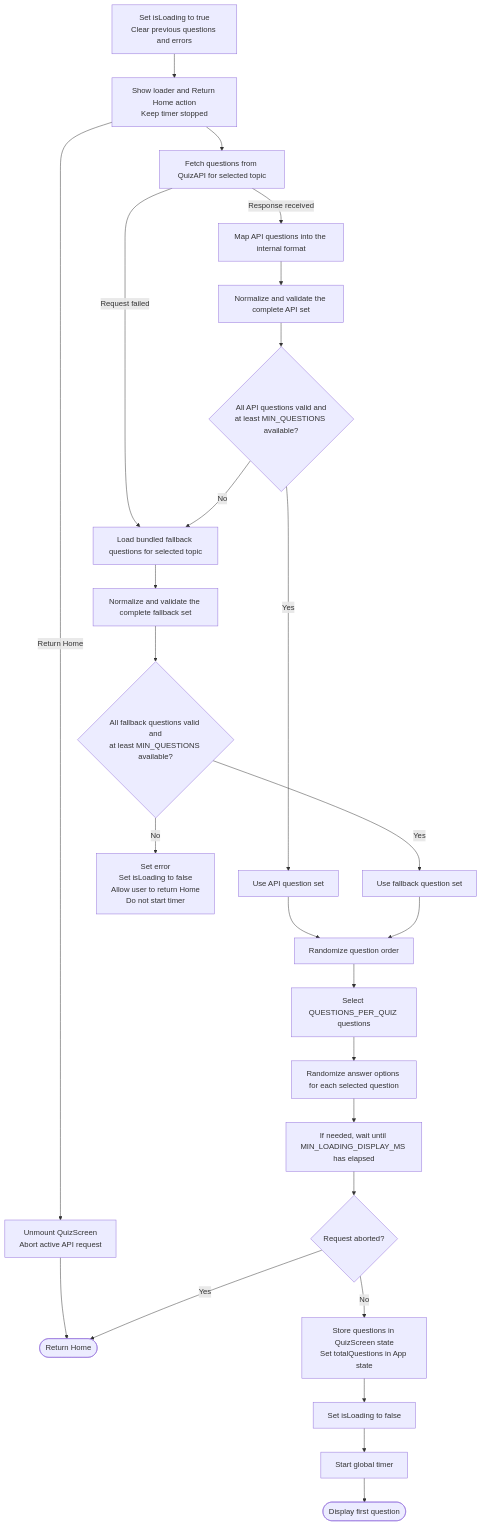
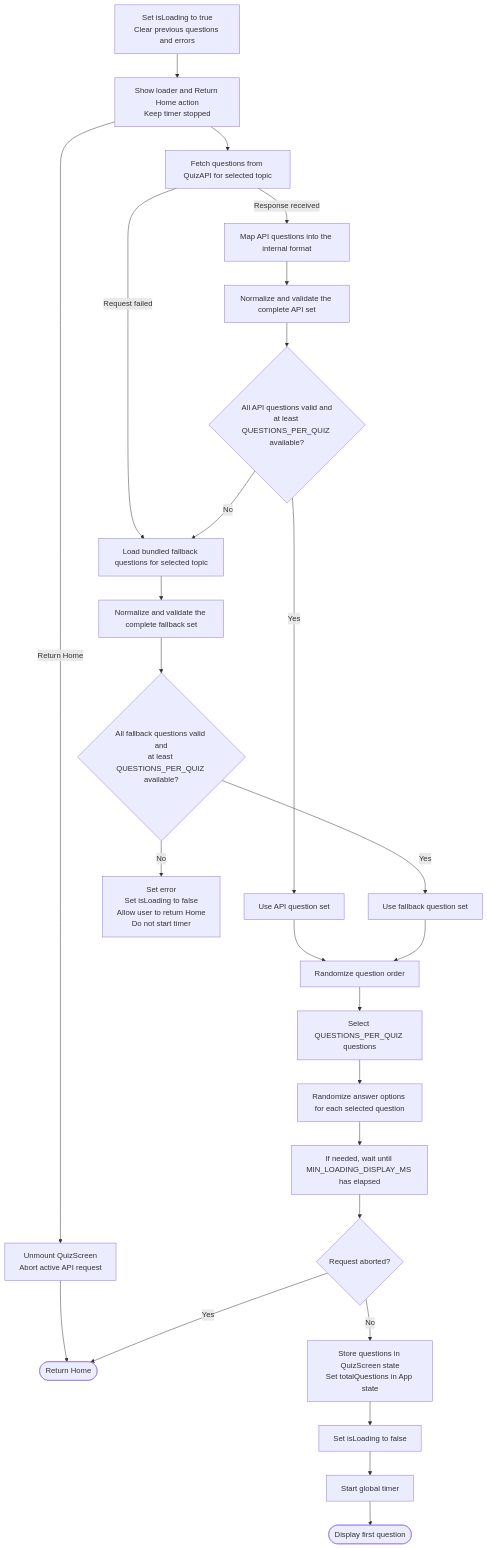
One commit to Mondra-SRL/dev-quiz changed the diagram in docs/quiz-screen-loading-flow.md. Above: the diagram before and after it, drawn with Mermaid. The commit also changed 7 other files, not shown here.

Commit message:
remove constant  MIN_QUESTIONS

````diff
--- a/docs/quiz-screen-loading-flow.md
+++ b/docs/quiz-screen-loading-flow.md
@@ -5,31 +5,31 @@
 ```mermaid
 flowchart TD
     LOAD_START[Set isLoading to true<br/>Clear previous questions and errors] --> SHOW_LOADING[Show loader and Return Home action<br/>Keep timer stopped]
     SHOW_LOADING --> FETCH_API[Fetch questions from QuizAPI for selected topic]
     SHOW_LOADING -- Return Home --> CANCEL_LOADING[Unmount QuizScreen<br/>Abort active API request]
     CANCEL_LOADING --> END_CANCELLED([Return Home])
 
     FETCH_API -- Response received --> MAP_API[Map API questions into the internal format]
     FETCH_API -- Request failed --> LOAD_FALLBACK
     MAP_API --> VALIDATE_API[Normalize and validate the complete API set]
-    VALIDATE_API --> API_READY{All API questions valid and<br/>at least MIN_QUESTIONS available?}
+    VALIDATE_API --> API_READY{All API questions valid and<br/>at least QUESTIONS_PER_QUIZ available?}
     API_READY -- Yes --> USE_API[Use API question set]
     API_READY -- No --> LOAD_FALLBACK[Load bundled fallback questions for selected topic]
 
     LOAD_FALLBACK --> VALIDATE_FALLBACK[Normalize and validate the complete fallback set]
-    VALIDATE_FALLBACK --> FALLBACK_READY{All fallback questions valid and<br/>at least MIN_QUESTIONS available?}
+    VALIDATE_FALLBACK --> FALLBACK_READY{All fallback questions valid and<br/>at least QUESTIONS_PER_QUIZ available?}
     FALLBACK_READY -- No --> LOAD_ERROR[Set error<br/>Set isLoading to false<br/>Allow user to return Home<br/>Do not start timer]
     FALLBACK_READY -- Yes --> USE_FALLBACK[Use fallback question set]
 
     USE_API --> SHUFFLE_QUESTIONS[Randomize question order]
     USE_FALLBACK --> SHUFFLE_QUESTIONS
     SHUFFLE_QUESTIONS --> SELECT_QUESTIONS[Select QUESTIONS_PER_QUIZ questions]
     SELECT_QUESTIONS --> SHUFFLE_ANSWERS[Randomize answer options for each selected question]
     SHUFFLE_ANSWERS --> MIN_LOADING_TIME[If needed, wait until MIN_LOADING_DISPLAY_MS has elapsed]
     MIN_LOADING_TIME --> ABORTED{Request aborted?}
     ABORTED -- Yes --> END_CANCELLED
     ABORTED -- No --> STORE_QUESTIONS[Store questions in QuizScreen state<br/>Set totalQuestions in App state]
     STORE_QUESTIONS --> LOAD_SUCCESS[Set isLoading to false]
     LOAD_SUCCESS --> START_TIMER[Start global timer]
     START_TIMER --> READY([Display first question])
 ```
````
